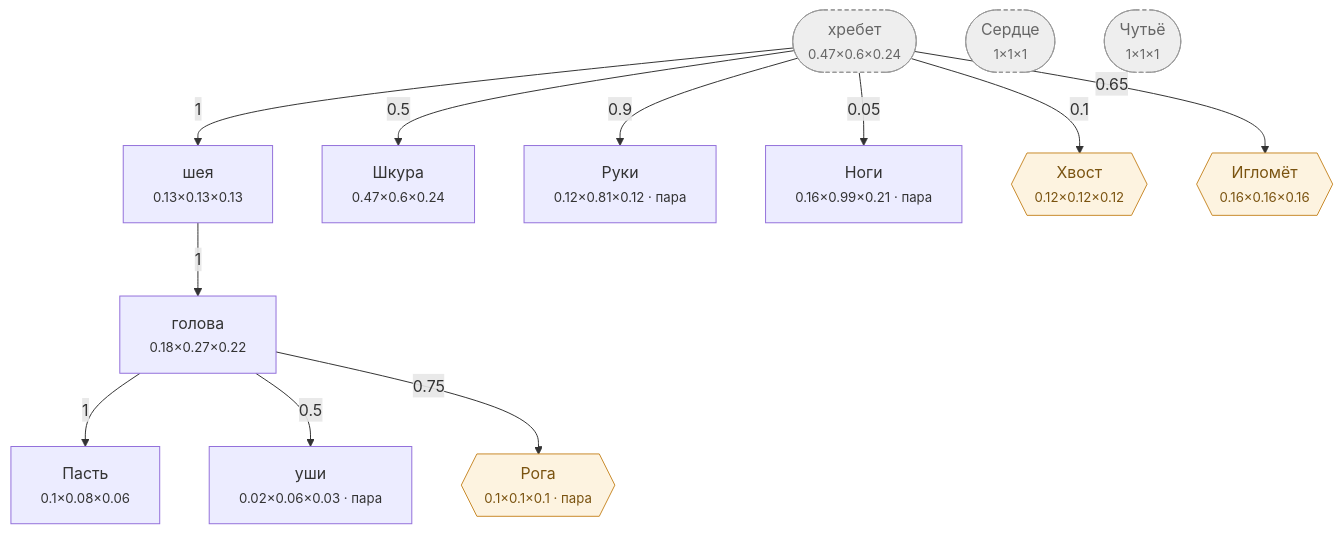
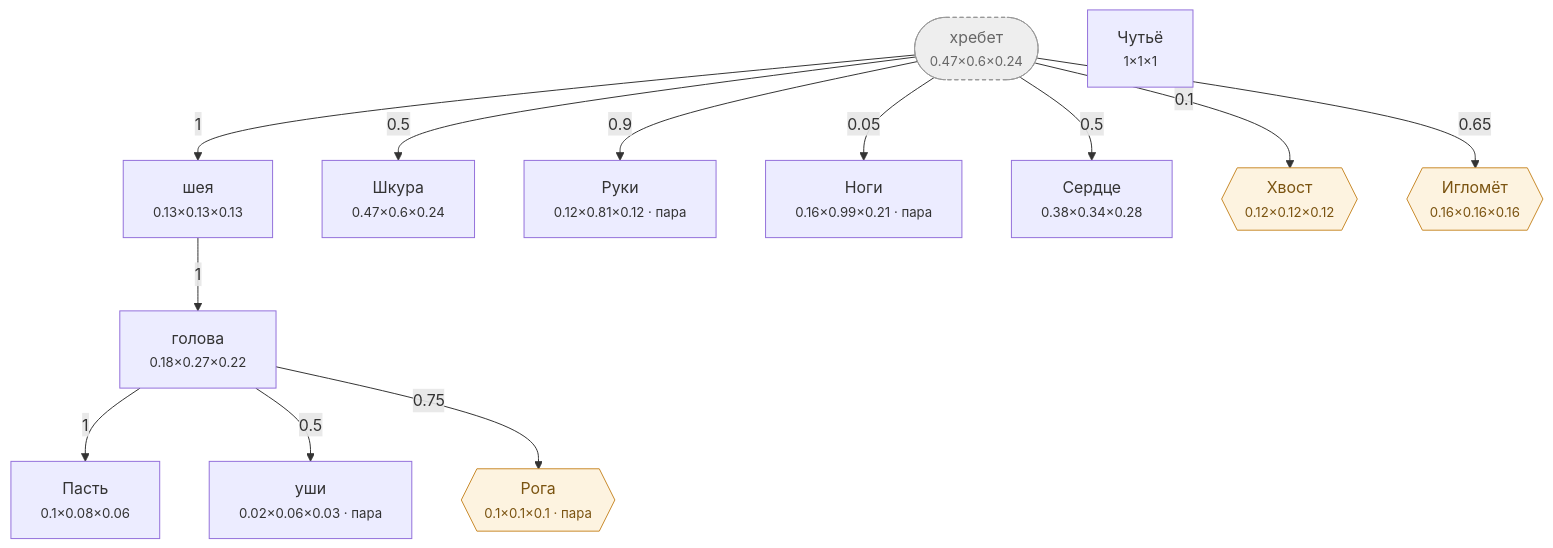
One commit to darklordshish/ChimeraEvolution-2026-06-26_15-29-59 changed the diagram in Docs/Диаграммы/Человек.md. Above: the diagram before and after it, drawn with Mermaid. The commit also changed other lines of this file and 10 other files, not shown here.

````diff
--- a/Docs/Диаграммы/Человек.md
+++ b/Docs/Диаграммы/Человек.md
@@ -21,33 +21,34 @@
 ```mermaid
 flowchart TD
     n0(["хребет<br/><small>0.47×0.6×0.24</small>"])
     n1["голова<br/><small>0.18×0.27×0.22</small>"]
     n2["Пасть<br/><small>0.1×0.08×0.06</small>"]
     n3["уши<br/><small>0.02×0.06×0.03 · пара</small>"]
     n4["шея<br/><small>0.13×0.13×0.13</small>"]
     n5["Шкура<br/><small>0.47×0.6×0.24</small>"]
     n6["Руки<br/><small>0.12×0.81×0.12 · пара</small>"]
     n7["Ноги<br/><small>0.16×0.99×0.21 · пара</small>"]
-    n8(["Сердце<br/><small>1×1×1</small>"])
-    n9(["Чутьё<br/><small>1×1×1</small>"])
+    n8["Сердце<br/><small>0.38×0.34×0.28</small>"]
+    n9["Чутьё<br/><small>1×1×1</small>"]
     n10{{"Хвост<br/><small>0.12×0.12×0.12</small>"}}
     n11{{"Рога<br/><small>0.1×0.1×0.1 · пара</small>"}}
     n12{{"Игломёт<br/><small>0.16×0.16×0.16</small>"}}
 
     n4 -->|1| n1
     n1 -->|1| n2
     n1 -->|0.5| n3
     n0 -->|1| n4
     n0 -->|0.5| n5
     n0 -->|0.9| n6
     n0 -->|0.05| n7
+    n0 -->|0.5| n8
     n0 -->|0.1| n10
     n1 -->|0.75| n11
     n0 -->|0.65| n12
 
     classDef hid fill:#eee,stroke:#999,stroke-dasharray:4 3,color:#666
     classDef gr fill:#fdf3e0,stroke:#c98a2b,color:#7a5310
     classDef ch fill:#e8f2ff,stroke:#3b74c4,color:#1c3f70
-    class n0,n8,n9 hid
+    class n0 hid
     class n10,n11,n12 gr
 ```
````
